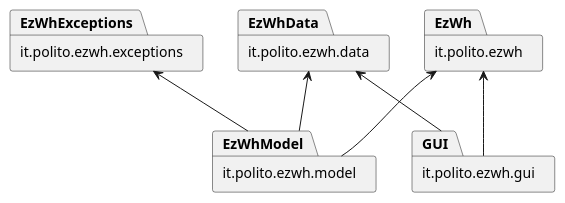
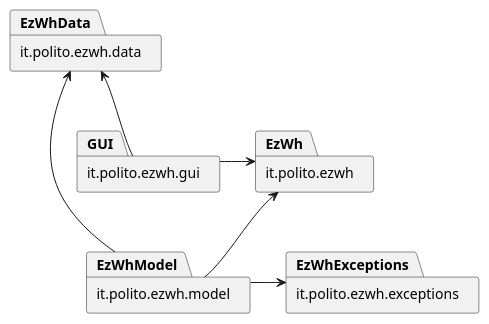
Before and after one commit to DavideArcolini/SoftEng_garbageCollector: the first of 5 diagrams in DESIGN PART/DesignDocument.md, drawn with PlantUML. The commit also changed other lines of this file, not shown here.

````diff
--- a/DESIGN PART/DesignDocument.md
+++ b/DESIGN PART/DesignDocument.md
@@ -29,13 +29,13 @@
 ```plantuml
 package it.polito.ezwh as EzWh
 package it.polito.ezwh.data as EzWhData
 package it.polito.ezwh.exceptions as EzWhExceptions
 package it.polito.ezwh.model as EzWhModel
 package it.polito.ezwh.gui as GUI
 
-EzWh <-- GUI
+EzWh <-left- GUI
 EzWh <-- EzWhModel
 EzWhData <-- EzWhModel
-EzWhExceptions <-- EzWhModel
+EzWhExceptions <-left- EzWhModel
 EzWhData <-- GUI
 ```
````
